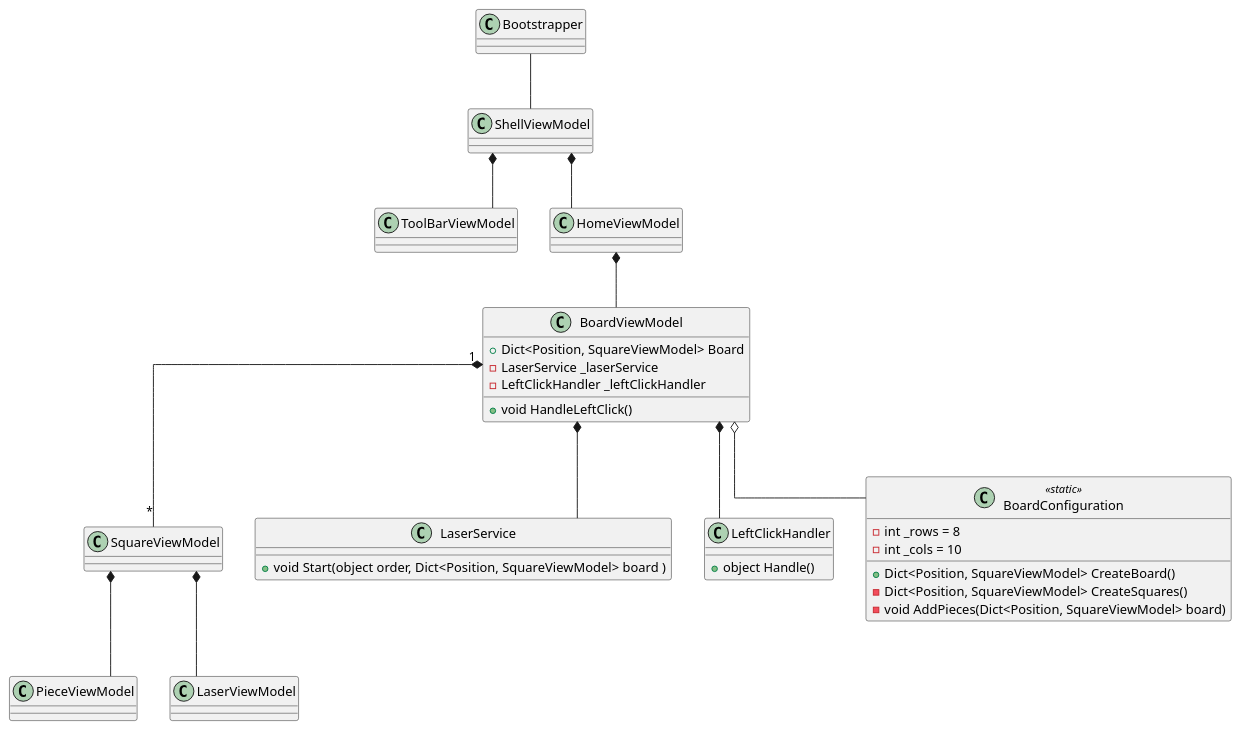
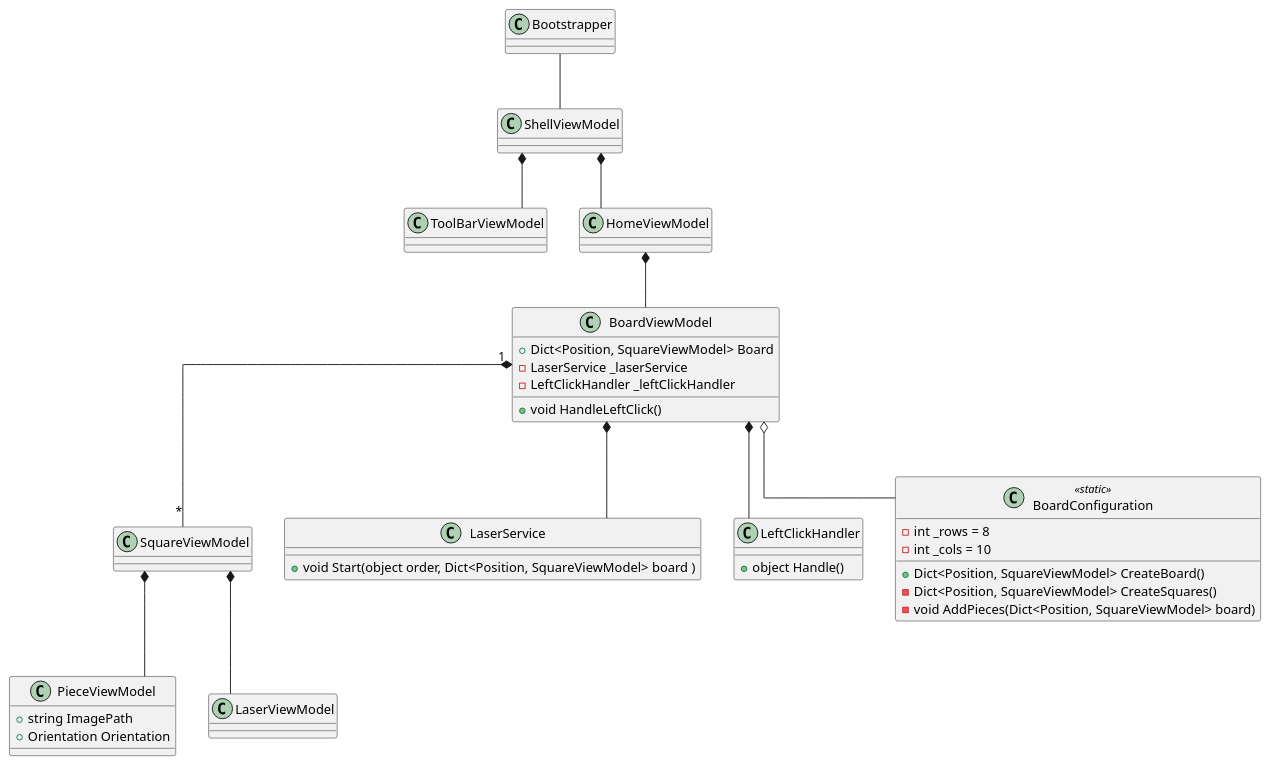
The diagram in Khet/KhetV4/Documentation/ClassOverview.puml (BAH2k9/Khet), drawn with PlantUML before and after one commit. The commit also changed 34 other files, not shown here.

```diff
--- a/Khet/KhetV4/Documentation/ClassOverview.puml
+++ b/Khet/KhetV4/Documentation/ClassOverview.puml
@@ -1,81 +1,82 @@
 @startuml
 
 skinparam linetype ortho
 
 class Bootstrapper
 {
 
 }
 
 class ShellViewModel
 {
 
 }
 
 Class ToolBarViewModel
 {
 
 }
 
 Class HomeViewModel
 {
 
 }
 
 Class BoardViewModel
 {
     + Dict<Position, SquareViewModel> Board
     - LaserService _laserService
     - LeftClickHandler _leftClickHandler
     + void HandleLeftClick()
 }
 
 Class SquareViewModel
 {
 
 }
 
 Class PieceViewModel
 {
-
+    + string ImagePath
+    + Orientation Orientation
 }
 
 Class LaserViewModel
 {
 
 }
 
 
 Class LaserService
 {
     + void Start(object order, Dict<Position, SquareViewModel> board )
 }
 
 Class LeftClickHandler
 {
     + object Handle()
     
 }
 
 Class BoardConfiguration <<static>>
 {
     - int _rows = 8
     - int _cols = 10
     + Dict<Position, SquareViewModel> CreateBoard()
     - Dict<Position, SquareViewModel> CreateSquares()
     - void AddPieces(Dict<Position, SquareViewModel> board)
 }
 
 
 Bootstrapper -- ShellViewModel
 ShellViewModel *-- HomeViewModel
 ShellViewModel *-- ToolBarViewModel
 HomeViewModel *-- BoardViewModel
 BoardViewModel *-- LaserService
 BoardViewModel *-- LeftClickHandler
 BoardViewModel o-- BoardConfiguration
 BoardViewModel "1" *-- "*" SquareViewModel
 SquareViewModel *-- PieceViewModel
 SquareViewModel *-- LaserViewModel
 
 @enduml
```
